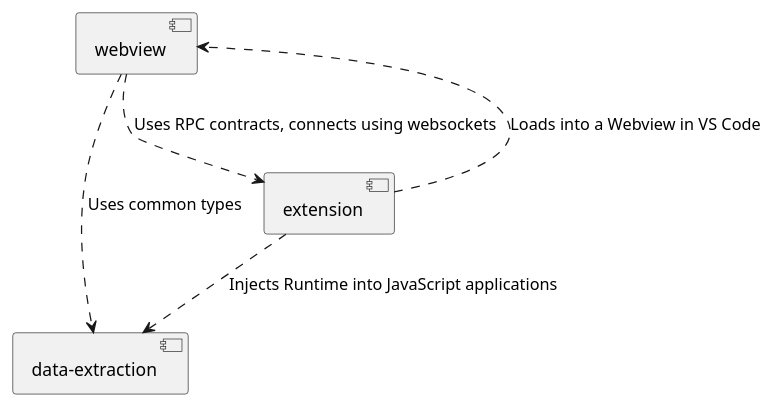
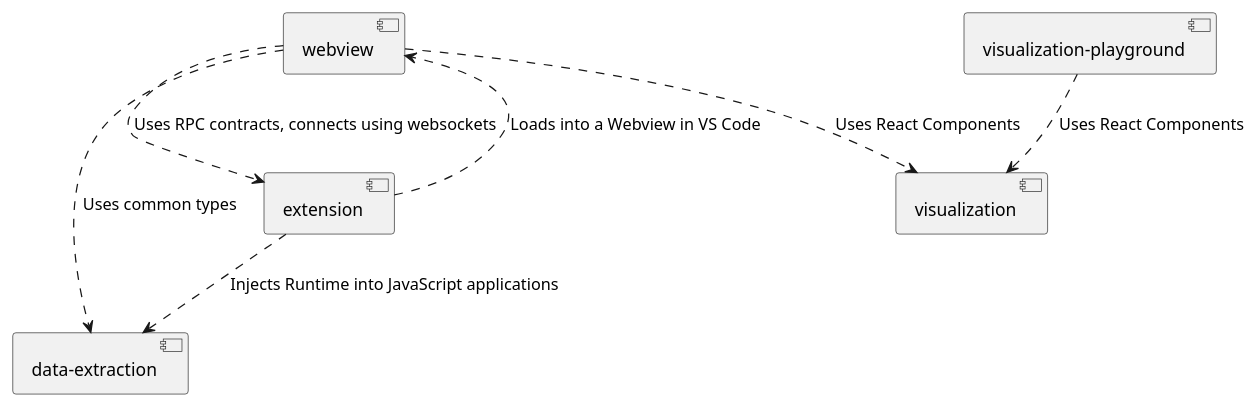
One commit to IoriK1020/vscode-debug-visualizer changed the diagram in docs/main.plantuml. Above: the diagram before and after it, drawn with PlantUML. The commit also changed 2 other files, not shown here.

```diff
--- a/docs/main.plantuml
+++ b/docs/main.plantuml
@@ -1,14 +1,20 @@
 @startuml Main
 
 [data-extraction] 
 [webview]
 [extension]
+[visualization]
+[visualization-playground]
 
 [webview] ..> [extension]: "Uses RPC contracts, connects using websockets"
 [extension] ..> [webview]: "Loads into a Webview in VS Code"
+
+[webview] ..> [visualization]: "Uses React Components"
+
+[visualization-playground] ..> [visualization]: "Uses React Components"
 
 [extension] ..> [data-extraction]: "Injects Runtime into JavaScript applications"
 
 [webview] ..> [data-extraction]: "Uses common types"
 
 @enduml
```
